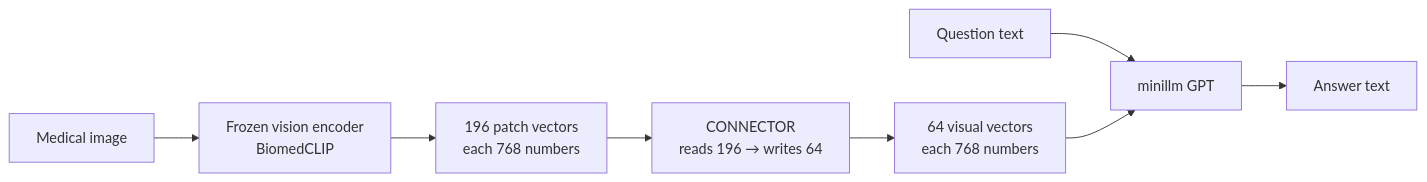
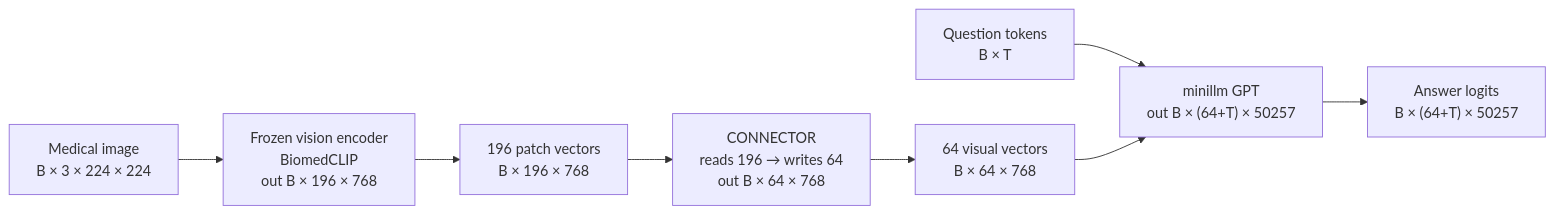
One commit to AsishKumarDalal/medicalvllm changed the first of 9 diagrams in experiment/connector.md. Above: the diagram before and after it, drawn with Mermaid. The commit also changed other lines of this file, not shown here.

Commit message:
Annotate every connector diagram node with output dimensions

````diff
--- a/experiment/connector.md
+++ b/experiment/connector.md
@@ -20,10 +20,10 @@
 ```mermaid
 flowchart LR
-    IMG["Medical image"] --> ENC["Frozen vision encoder<br/>BiomedCLIP"]
-    ENC --> P["196 patch vectors<br/>each 768 numbers"]
-    P --> CONN["CONNECTOR<br/>reads 196 → writes 64"]
-    CONN --> V["64 visual vectors<br/>each 768 numbers"]
-    Q["Question text"] --> GPT["minillm GPT"]
+    IMG["Medical image<br/>B × 3 × 224 × 224"] --> ENC["Frozen vision encoder<br/>BiomedCLIP<br/>out B × 196 × 768"]
+    ENC --> P["196 patch vectors<br/>B × 196 × 768"]
+    P --> CONN["CONNECTOR<br/>reads 196 → writes 64<br/>out B × 64 × 768"]
+    CONN --> V["64 visual vectors<br/>B × 64 × 768"]
+    Q["Question tokens<br/>B × T"] --> GPT["minillm GPT<br/>out B × (64+T) × 50257"]
     V --> GPT
-    GPT --> A["Answer text"]
+    GPT --> A["Answer logits<br/>B × (64+T) × 50257"]
 ```
````
